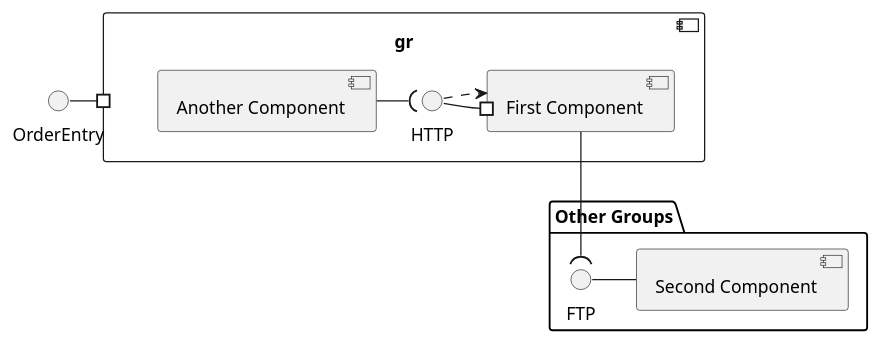
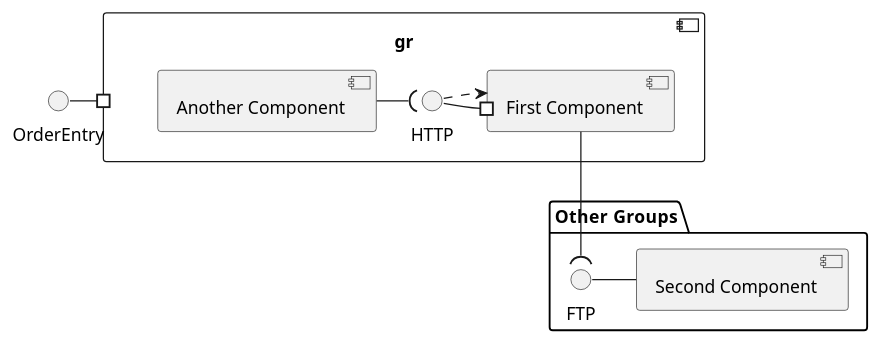
Before and after one commit to Cavitedev/plantuml_examples: the diagram in src/components/ComponentExample.puml, drawn with PlantUML. The commit also changed 1 other file, not shown here.

```diff
--- a/src/components/ComponentExample.puml
+++ b/src/components/ComponentExample.puml
@@ -1,19 +1,19 @@
 @startuml
 
 OrderEntry -# gr
 
-Component "Some Group" as gr {
+Component "Some [[file:///C:/ab]] Group" as gr {
 
 
 HTTP -# [First Component]
 HTTP .right-> [First Component]
 [Another Component] -( HTTP
 }
 
-package "Other Groups" {
+package "Other  Groups" {
 FTP - [Second Component]
 
 [First Component] --( FTP
 }
 
 @enduml
```
